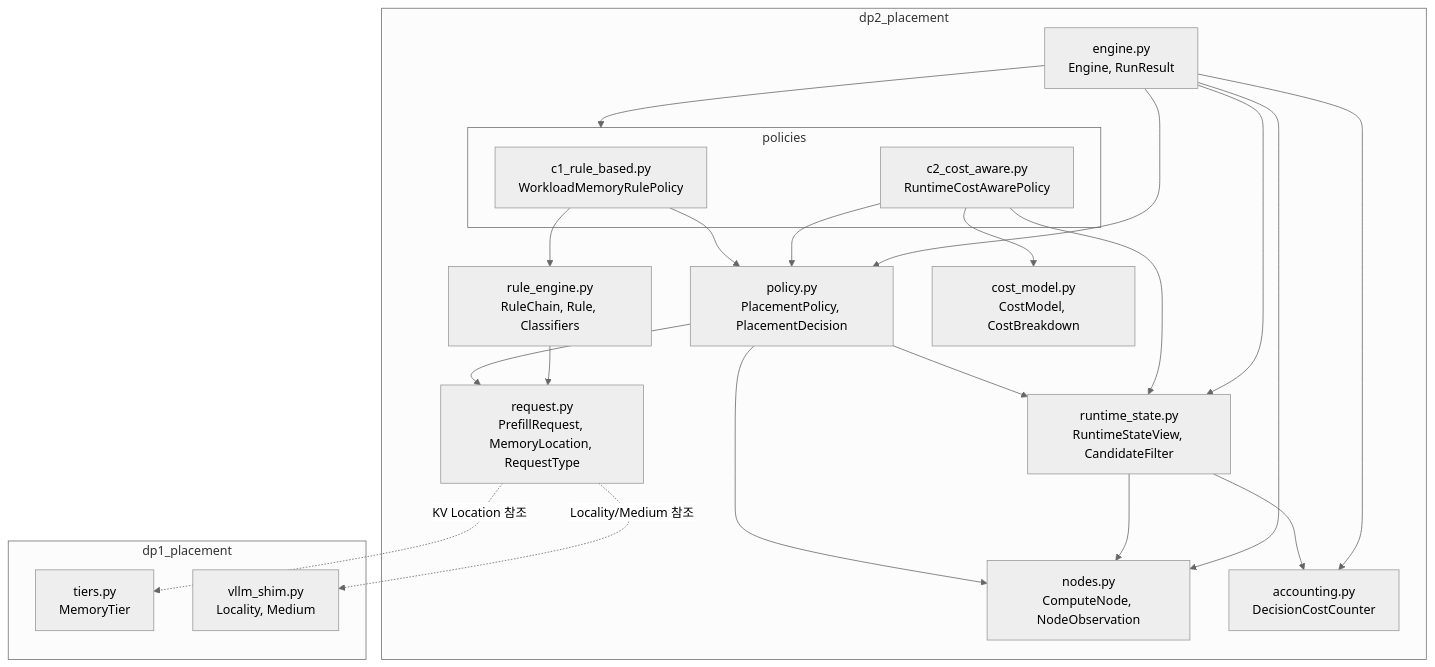
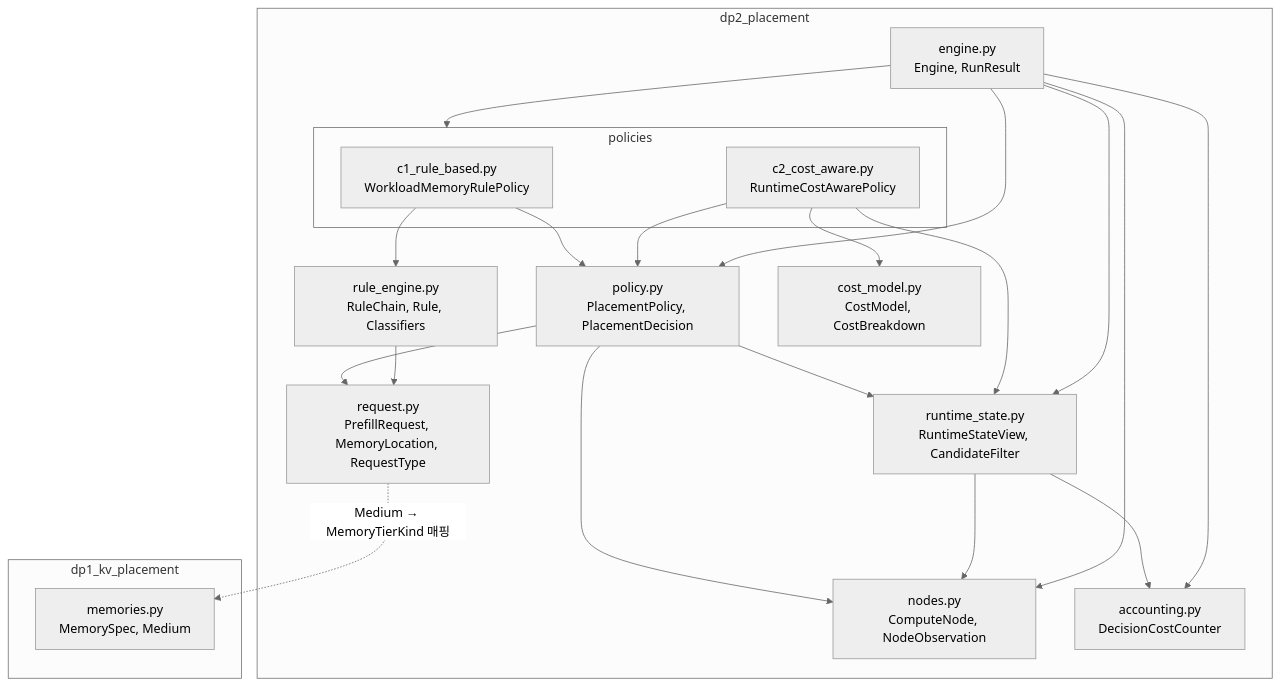
Before and after one commit to mkim0628/vllm: the first of 8 diagrams in doc-architect/dp2-implementation-uml.md, drawn with Mermaid (neutral theme). The commit also changed other lines of this file and 3 other files, not shown here.

````diff
--- a/doc-architect/dp2-implementation-uml.md
+++ b/doc-architect/dp2-implementation-uml.md
@@ -17,41 +18,39 @@
 ```mermaid
 graph TB
     subgraph dp2_placement
         request["request.py<br/>PrefillRequest, MemoryLocation, RequestType"]
         nodes["nodes.py<br/>ComputeNode, NodeObservation"]
         runtime_state["runtime_state.py<br/>RuntimeStateView, CandidateFilter"]
         policy["policy.py<br/>PlacementPolicy, PlacementDecision"]
         rule_engine["rule_engine.py<br/>RuleChain, Rule, Classifiers"]
         cost_model["cost_model.py<br/>CostModel, CostBreakdown"]
         accounting["accounting.py<br/>DecisionCostCounter"]
         engine["engine.py<br/>Engine, RunResult"]
         subgraph policies
             c1["c1_rule_based.py<br/>WorkloadMemoryRulePolicy"]
             c2["c2_cost_aware.py<br/>RuntimeCostAwarePolicy"]
         end
     end
 
-    subgraph dp1_placement
-        dp1_tiers["tiers.py<br/>MemoryTier"]
-        dp1_shim["vllm_shim.py<br/>Locality, Medium"]
+    subgraph dp1_kv_placement
+        dp1_mem["memories.py<br/>MemorySpec, Medium"]
     end
 
     policy --> request
     policy --> nodes
     policy --> runtime_state
     runtime_state --> nodes
     runtime_state --> accounting
     c1 --> policy
     c1 --> rule_engine
     rule_engine --> request
     c2 --> policy
     c2 --> cost_model
     c2 --> runtime_state
     engine --> policy
     engine --> nodes
     engine --> runtime_state
     engine --> accounting
     engine --> policies
-    request -.->|KV Location 참조| dp1_tiers
-    request -.->|Locality/Medium 참조| dp1_shim
+    request -.->|Medium → MemoryTierKind 매핑| dp1_mem
 ```
````
